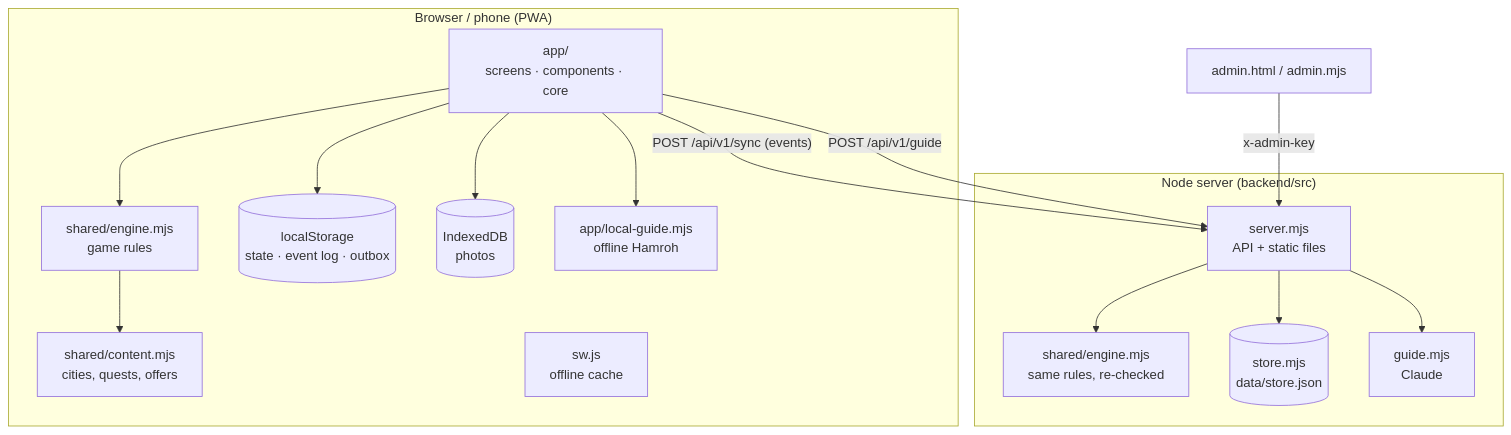
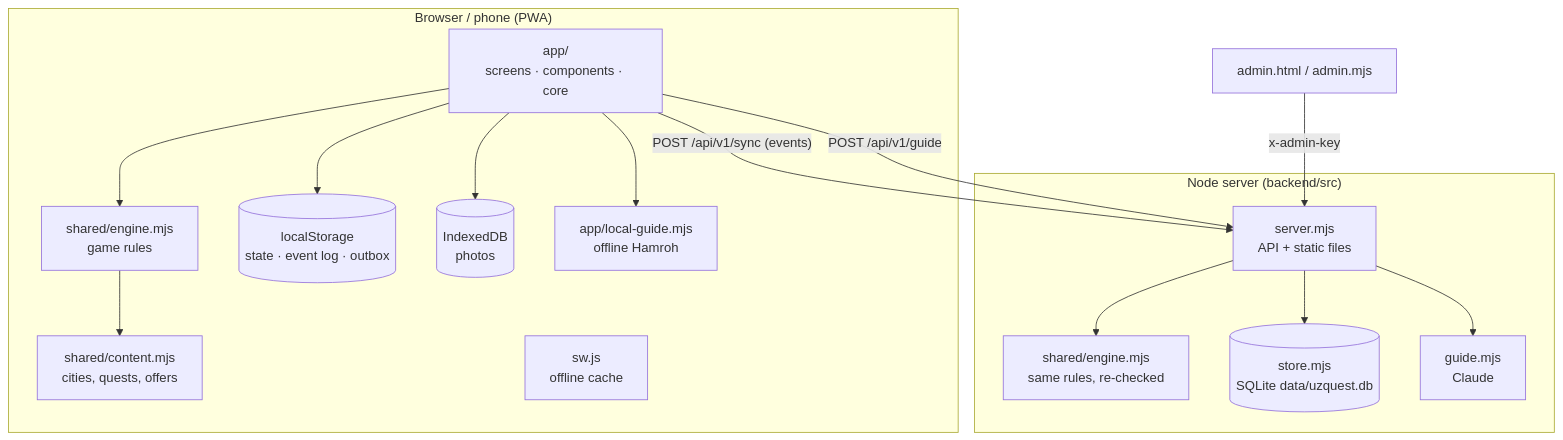
Before and after one commit to xtremebeck/mani-1--proektim: the first of 2 diagrams in uz-quest/ARCHITECTURE.md, drawn with Mermaid. The commit also changed other lines of this file and 9 other files, not shown here.

First line of the commit message:
Store progress in SQLite instead of one JSON file

````diff
--- a/uz-quest/ARCHITECTURE.md
+++ b/uz-quest/ARCHITECTURE.md
@@ -11,30 +11,30 @@
 ```mermaid
 flowchart TB
   subgraph Browser["Browser / phone (PWA)"]
     UI["app/<br/>screens · components · core"]
     Engine1["shared/engine.mjs<br/>game rules"]
     Content1["shared/content.mjs<br/>cities, quests, offers"]
     LS[("localStorage<br/>state · event log · outbox")]
     IDB[("IndexedDB<br/>photos")]
     SW["sw.js<br/>offline cache"]
     LG["app/local-guide.mjs<br/>offline Hamroh"]
     UI --> Engine1 --> Content1
     UI --> LS
     UI --> IDB
     UI --> LG
   end
 
   subgraph Server["Node server (backend/src)"]
     HTTP["server.mjs<br/>API + static files"]
     Engine2["shared/engine.mjs<br/>same rules, re-checked"]
-    Store[("store.mjs<br/>data/store.json")]
+    Store[("store.mjs<br/>SQLite data/uzquest.db")]
     Guide["guide.mjs<br/>Claude"]
     HTTP --> Engine2
     HTTP --> Store
     HTTP --> Guide
   end
 
   UI -- "POST /api/v1/sync (events)" --> HTTP
   UI -- "POST /api/v1/guide" --> HTTP
   Admin["admin.html / admin.mjs"] -- "x-admin-key" --> HTTP
 ```
````
